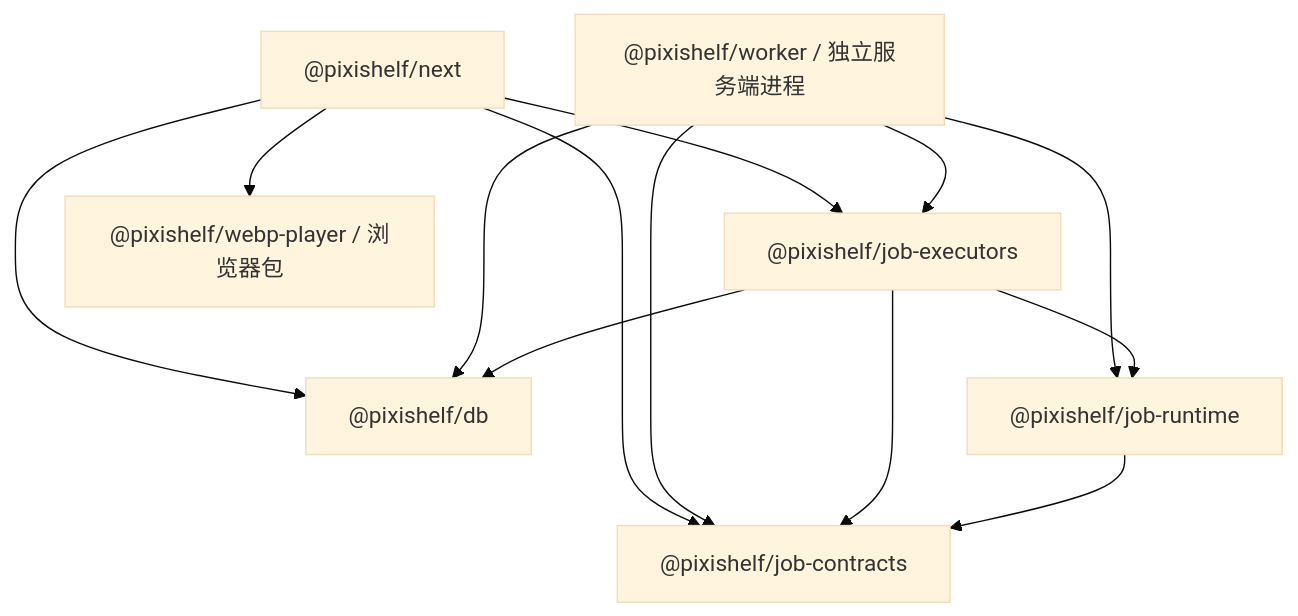
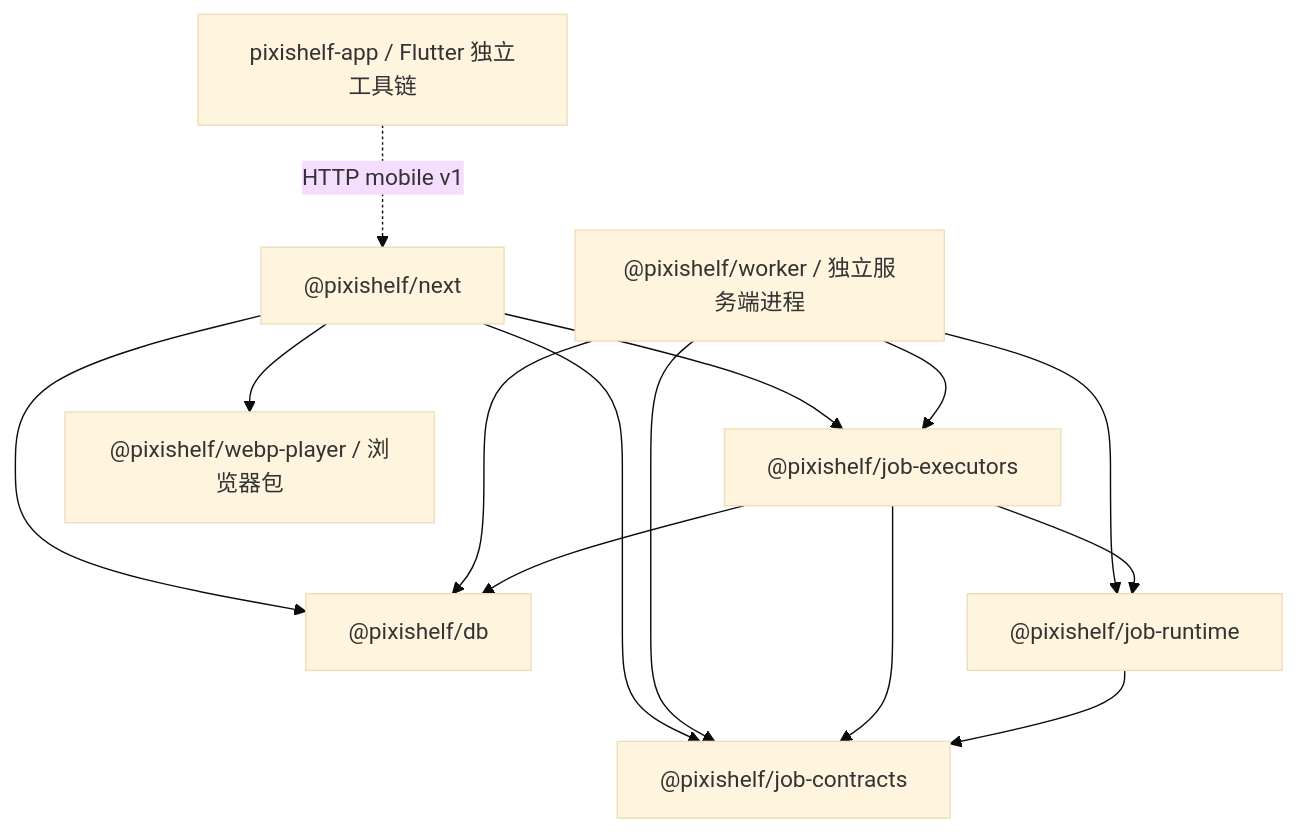
Before and after one commit to namehu/PixiShelf: the diagram in docs/diagrams/architecture/package-dependencies.mmd, drawn with Mermaid (base theme). The commit also changed 98 other files, not shown here.

```diff
--- a/docs/diagrams/architecture/package-dependencies.mmd
+++ b/docs/diagrams/architecture/package-dependencies.mmd
@@ -1,13 +1,14 @@
 flowchart TD
   Web["@pixishelf/next"] --> DB["@pixishelf/db"]
   Web --> Contracts["@pixishelf/job-contracts"]
   Web --> Executors["@pixishelf/job-executors"]
   Web --> Player["@pixishelf/webp-player / 浏览器包"]
+  Mobile["pixishelf-app / Flutter 独立工具链"] -.->|HTTP mobile v1| Web
   Worker["@pixishelf/worker / 独立服务端进程"] --> DB
   Worker --> Contracts
   Worker --> Runtime["@pixishelf/job-runtime"]
   Worker --> Executors
   Executors --> DB
   Executors --> Contracts
   Executors --> Runtime
   Runtime --> Contracts
```
